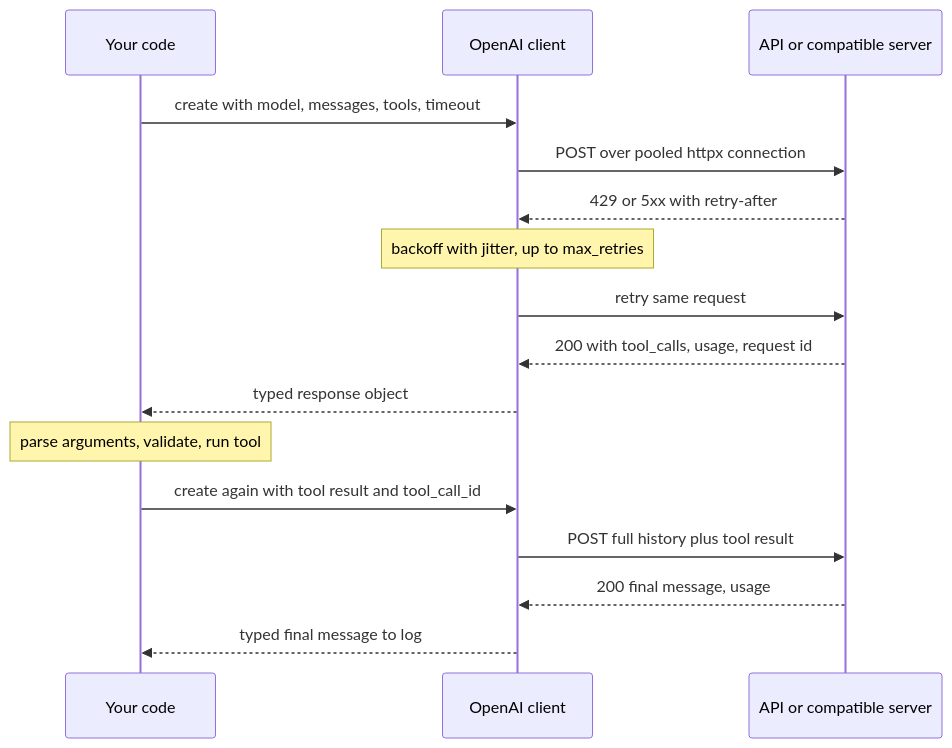
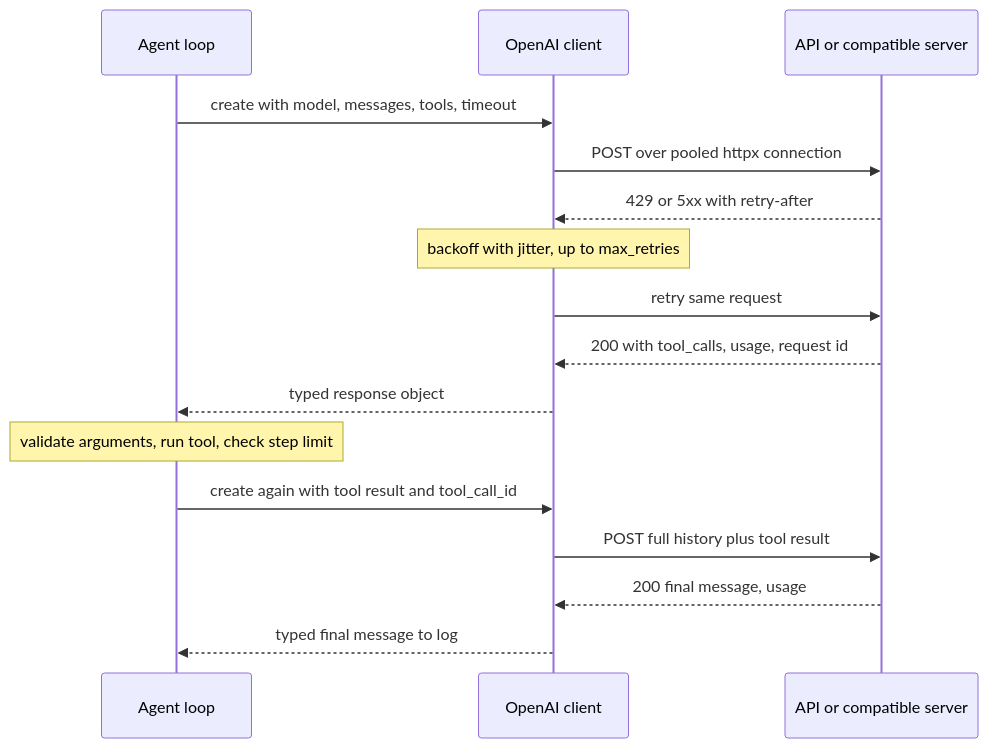
One commit to lovishmahajan97/agentic-learning changed the diagram in content/python-for-ai/openai-sdk.md. Above: the diagram before and after it, drawn with Mermaid. The commit also changed other lines of this file and 266 other files, not shown here.

````diff
--- a/content/python-for-ai/openai-sdk.md
+++ b/content/python-for-ai/openai-sdk.md
@@ -127,18 +146,18 @@
 ```mermaid
 sequenceDiagram
-    participant A as Your code
+    participant A as Agent loop
     participant C as OpenAI client
     participant S as API or compatible server
     A->>C: create with model, messages, tools, timeout
     C->>S: POST over pooled httpx connection
     S-->>C: 429 or 5xx with retry-after
     Note over C: backoff with jitter, up to max_retries
     C->>S: retry same request
     S-->>C: 200 with tool_calls, usage, request id
     C-->>A: typed response object
-    Note over A: parse arguments, validate, run tool
+    Note over A: validate arguments, run tool, check step limit
     A->>C: create again with tool result and tool_call_id
     C->>S: POST full history plus tool result
     S-->>C: 200 final message, usage
     C-->>A: typed final message to log
 ```
````
